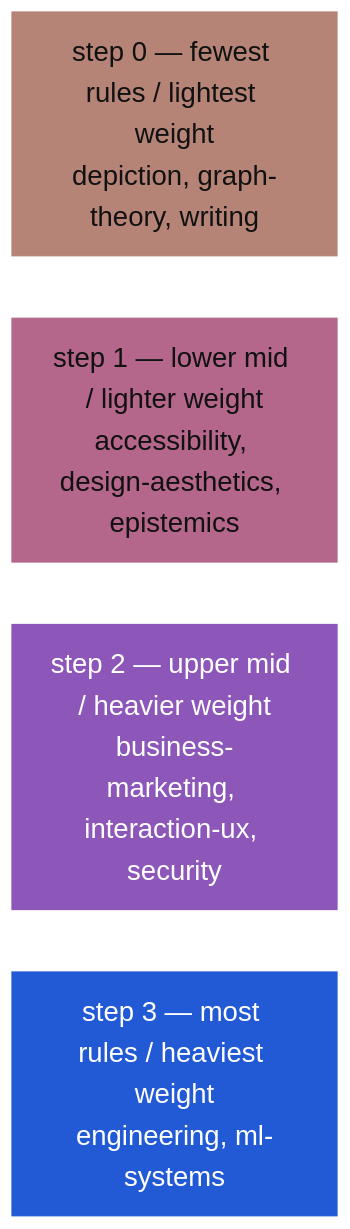
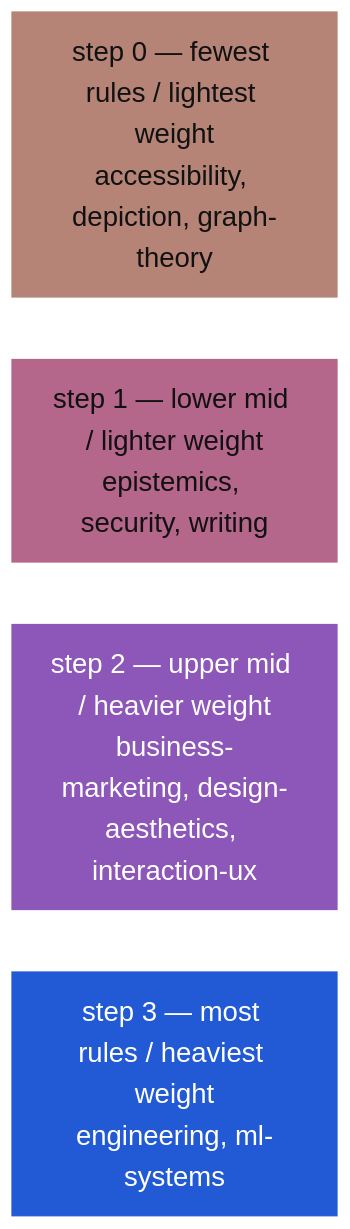
Before and after one commit to darce/heuristics-canon: the second of 2 diagrams in GRAPH.md, drawn with Mermaid. The commit also changed other lines of this file and 47 other files, not shown here.

````diff
--- a/GRAPH.md
+++ b/GRAPH.md
@@ -146,16 +146,16 @@
 ```mermaid
 %%{init: {'themeVariables': {'fontSize': '22px'}}}%%
 flowchart LR
-  SW0["step 0 — fewest rules / lightest weight<br/>depiction, graph-theory, writing"]
-  SW1["step 1 — lower mid / lighter weight<br/>accessibility, design-aesthetics, epistemics"]
-  SW2["step 2 — upper mid / heavier weight<br/>business-marketing, interaction-ux, security"]
+  SW0["step 0 — fewest rules / lightest weight<br/>accessibility, depiction, graph-theory"]
+  SW1["step 1 — lower mid / lighter weight<br/>epistemics, security, writing"]
+  SW2["step 2 — upper mid / heavier weight<br/>business-marketing, design-aesthetics, interaction-ux"]
   SW3["step 3 — most rules / heaviest weight<br/>engineering, ml-systems"]
   classDef seq_0 fill:#B68477,color:#111111,stroke:#B68477
   classDef seq_1 fill:#B4668B,color:#111111,stroke:#B4668B
   classDef seq_2 fill:#8D57BA,color:#FFFFFF,stroke:#8D57BA
   classDef seq_3 fill:#225AD6,color:#FFFFFF,stroke:#225AD6
   class SW0 seq_0
   class SW1 seq_1
   class SW2 seq_2
   class SW3 seq_3
 ```
````
